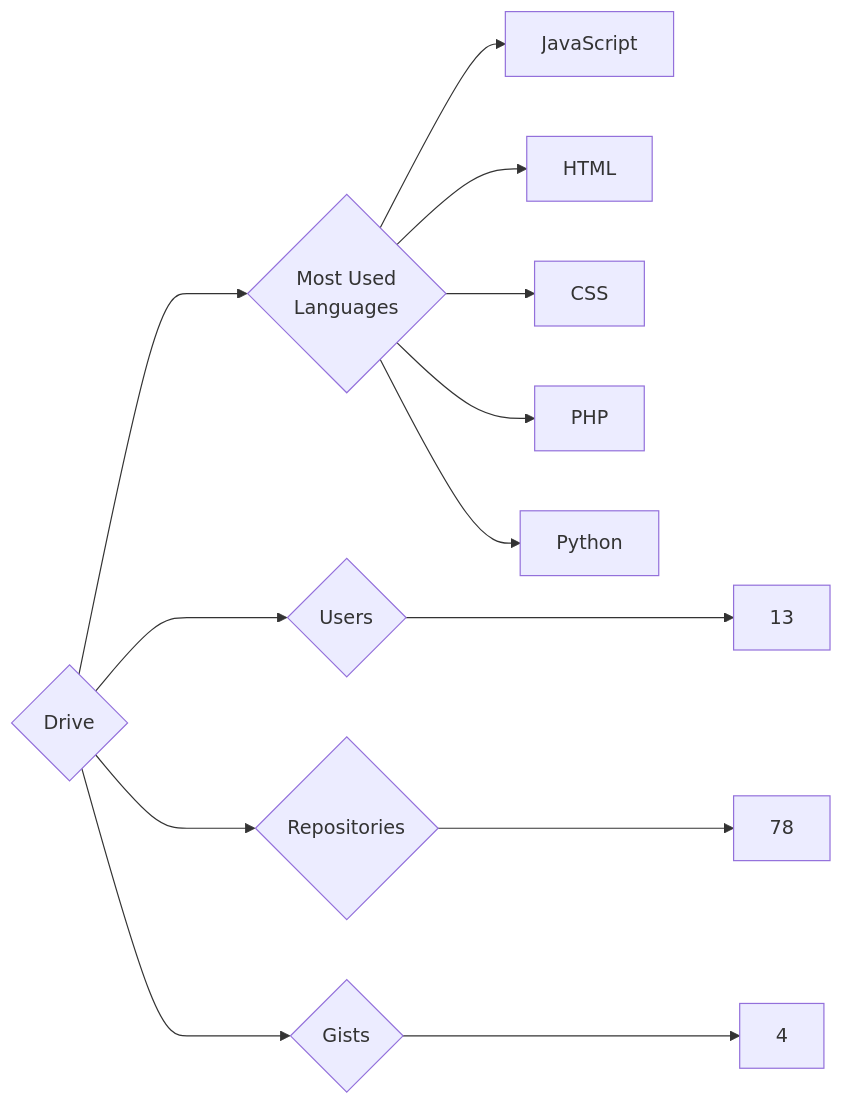
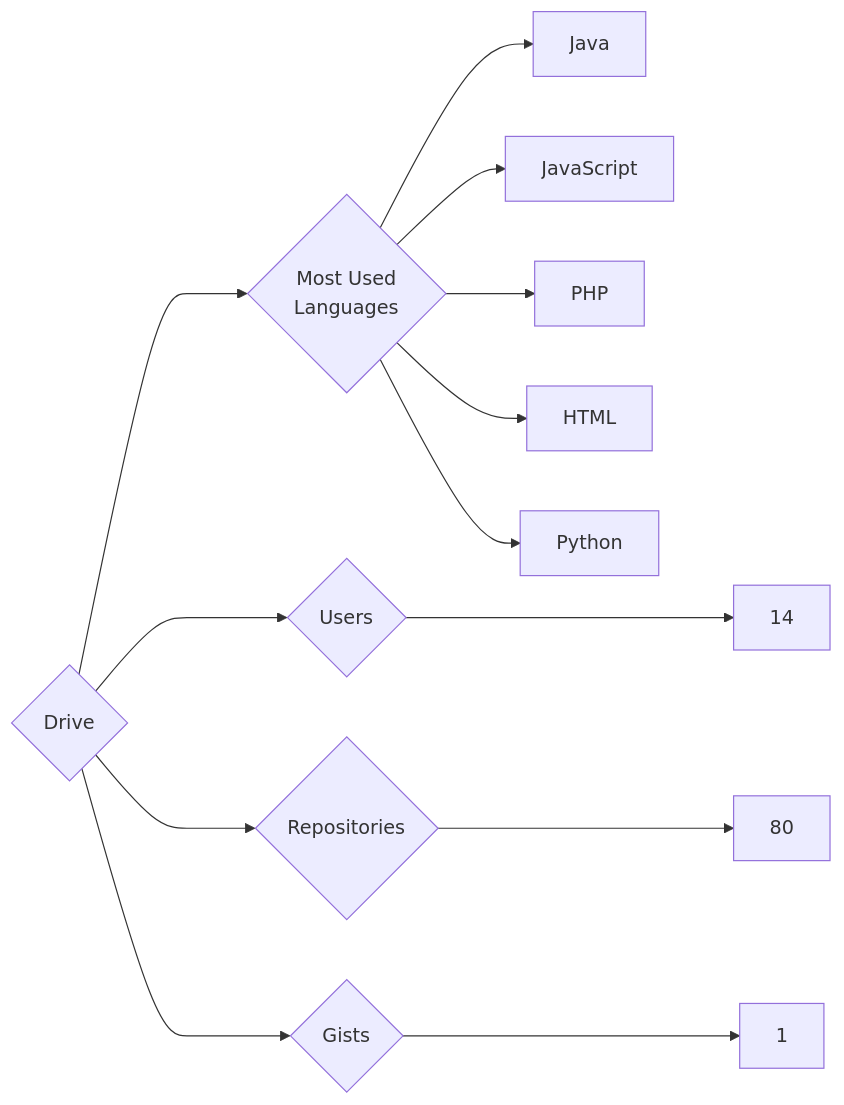
The diagram in targets/Drive/README.md (trickest/insiders), drawn with Mermaid before and after one commit. The commit also changed 657 other files, not shown here.

````diff
--- a/targets/Drive/README.md
+++ b/targets/Drive/README.md
@@ -3,13 +3,13 @@
 ```mermaid
 graph LR
 COMPANY_NAME{Drive}
-COMPANY_NAME ---> U{Users} ---> UN[13]
-COMPANY_NAME ---> R{Repositories} ---> RN[78]
-COMPANY_NAME ---> G{Gists} ---> GN[4]
+COMPANY_NAME ---> U{Users} ---> UN[14]
+COMPANY_NAME ---> R{Repositories} ---> RN[80]
+COMPANY_NAME ---> G{Gists} ---> GN[1]
 COMPANY_NAME ---> ML{Most Used<br>Languages}
+ML --> Java[Java]
 ML --> JavaScript[JavaScript]
+ML --> PHP[PHP]
 ML --> HTML[HTML]
-ML --> CSS[CSS]
-ML --> PHP[PHP]
 ML --> Python[Python]
 ```
````
